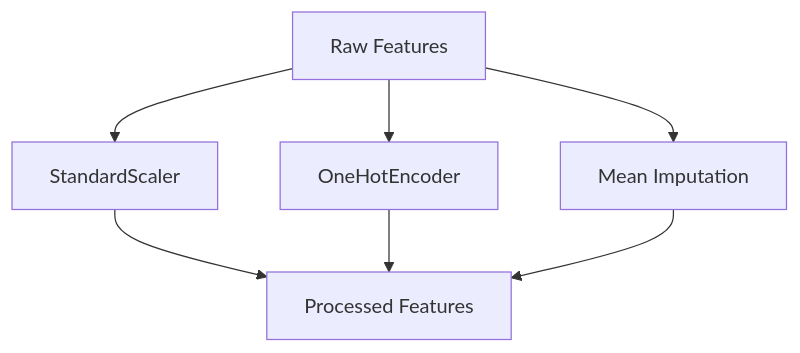
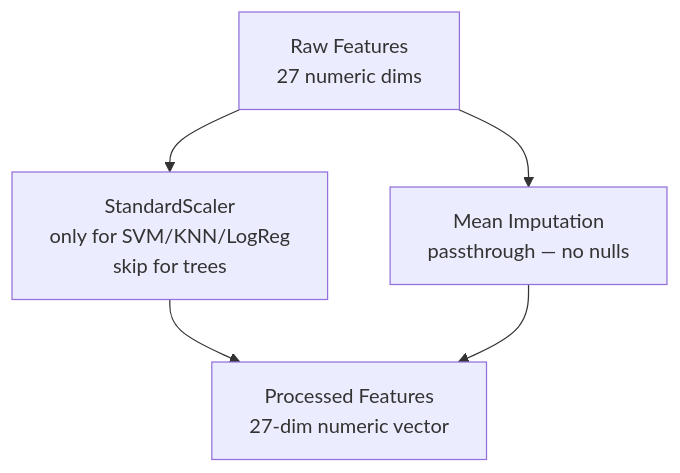
Before and after one commit to Evintkoo/2048-ml: the third of 7 diagrams in plans/05-Model/02-Training/01-training-pipeline.md, drawn with Mermaid. The commit also changed other lines of this file and 94 other files, not shown here.

````diff
--- a/plans/05-Model/02-Training/01-training-pipeline.md
+++ b/plans/05-Model/02-Training/01-training-pipeline.md
@@ -49,12 +51,11 @@
 ```mermaid
 flowchart TD
-    Raw[Raw Features]
-    Raw --> Scaler[StandardScaler]
-    Raw --> Encoder[OneHotEncoder]
-    Raw --> Imputer[Mean Imputation]
+    Raw[Raw Features<br/>27 numeric dims]
+    Raw --> Scaler[StandardScaler<br/>only for SVM/KNN/LogReg<br/>skip for trees]
+    Raw --> Imputer[Mean Imputation<br/>passthrough — no nulls]
+    
     Scaler --> Processed
-    Encoder --> Processed
     Imputer --> Processed
     
-    Processed[Processed Features]
+    Processed[Processed Features<br/>27-dim numeric vector]
 ```
````
